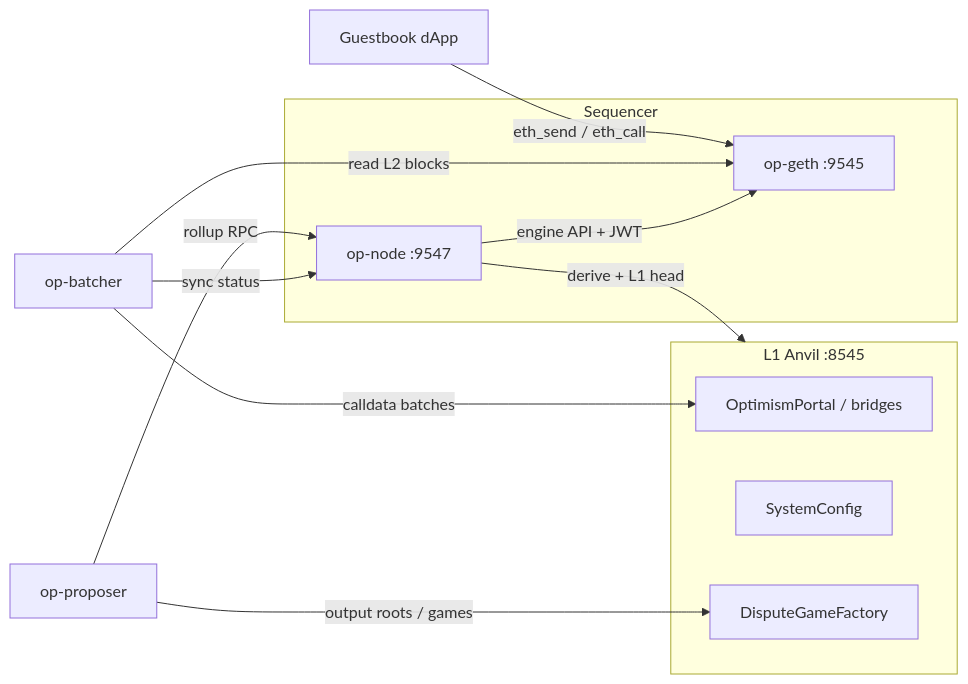
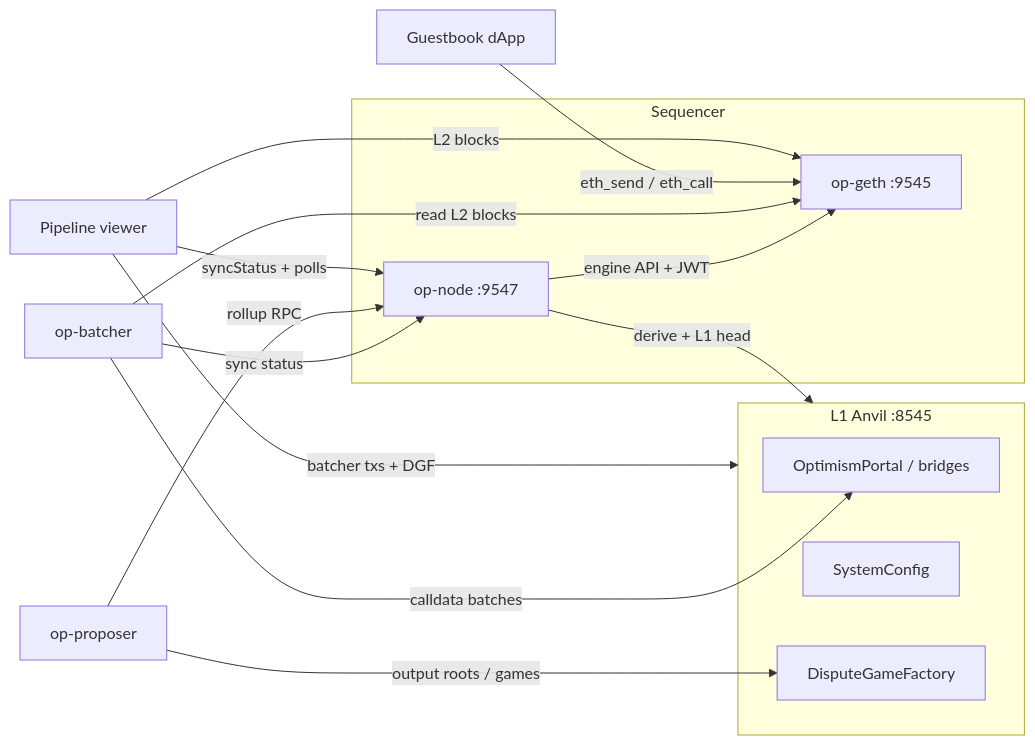
One commit to StephenForte/ForteL2 changed the diagram in README.md. Above: the diagram before and after it, drawn with Mermaid. The commit also changed other lines of this file and 21 other files, not shown here.

First line of the commit message:
Add Phase 1c loopback pipeline viewer with tests and runbook.

````diff
--- a/README.md
+++ b/README.md
@@ -36,20 +36,23 @@
 ```mermaid
 flowchart LR
   subgraph L1["L1 Anvil :8545"]
     Portal[OptimismPortal / bridges]
     SysCfg[SystemConfig]
     DGF[DisputeGameFactory]
   end
   subgraph Seq["Sequencer"]
     Geth["op-geth :9545"]
     Node["op-node :9547"]
     Node -->|engine API + JWT| Geth
   end
   Batcher[op-batcher] -->|calldata batches| Portal
   Proposer[op-proposer] -->|output roots / games| DGF
   Node -->|derive + L1 head| L1
   Batcher -->|read L2 blocks| Geth
   Batcher -->|sync status| Node
   Proposer -->|rollup RPC| Node
   Dapp[Guestbook dApp] -->|eth_send / eth_call| Geth
+  Viewer[Pipeline viewer] -->|syncStatus + polls| Node
+  Viewer -->|batcher txs + DGF| L1
+  Viewer -->|L2 blocks| Geth
 ```
````
